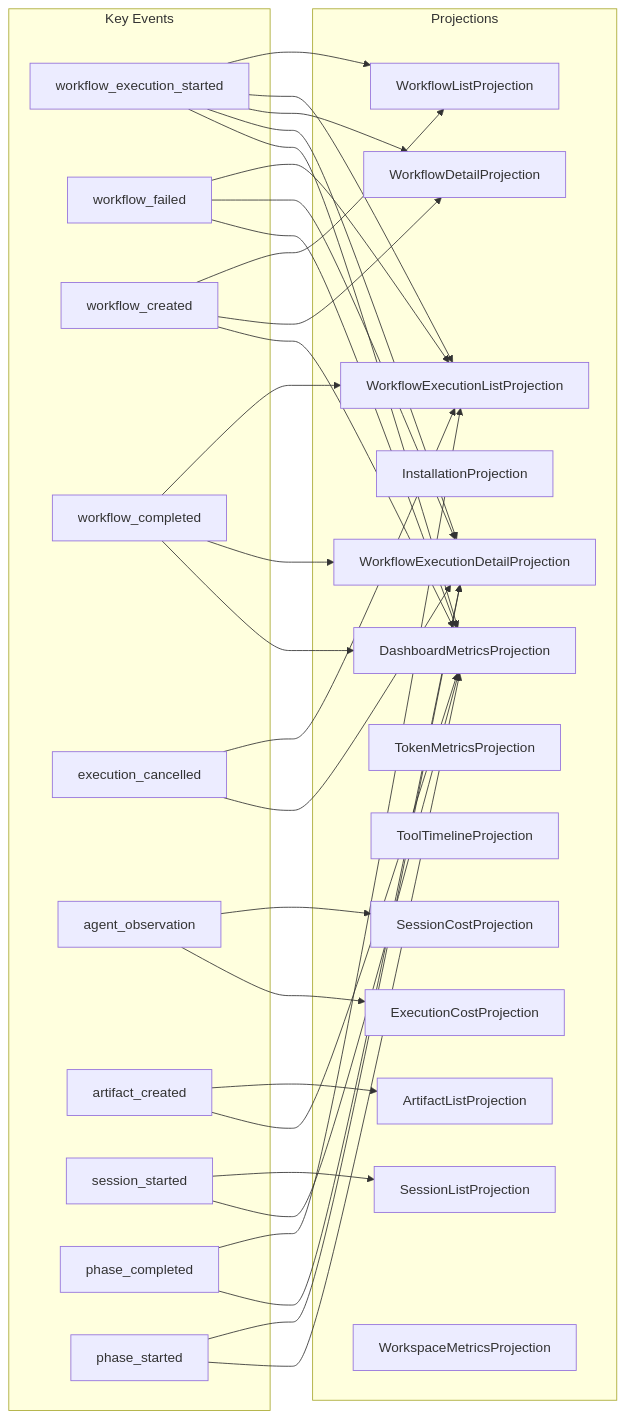
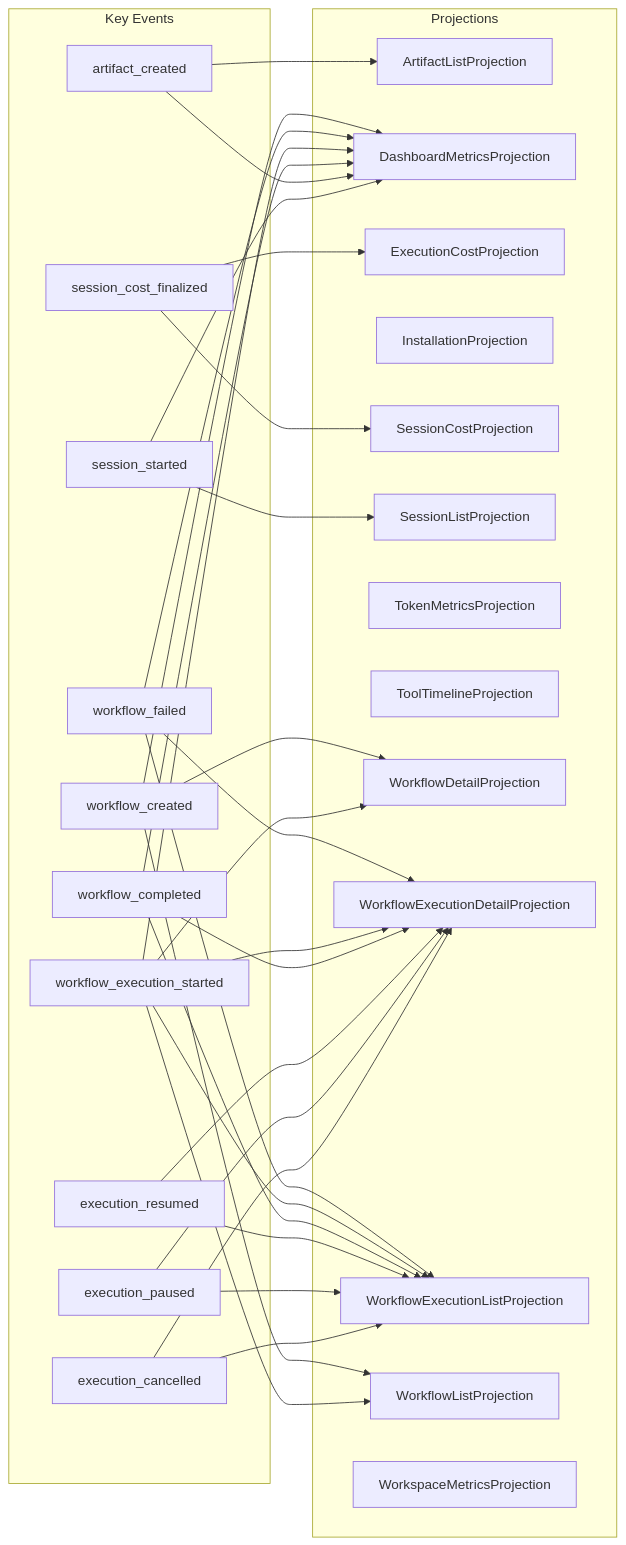
Before and after one commit to syntropic137/syntropic137: the diagram in docs/architecture/projection-subscriptions.md, drawn with Mermaid. The commit also changed other lines of this file and 2 other files, not shown here.

Commit message:
chore: update es-p submodule to main after PR #166 merge
Updates submodule to es-p main (1b5ded3) which includes:
- PR #165: eliminate false positives and duplicates
- PR #166: Copilot review fixes (verb prefix exclusions, tests, docs)

Submodule: lib/event-sourcing-platform → 1b5ded3 (main)

````diff
--- a/docs/architecture/projection-subscriptions.md
+++ b/docs/architecture/projection-subscriptions.md
@@ -15,58 +15,58 @@
 ```mermaid
 graph LR
     subgraph events["Key Events"]
         e1[workflow_execution_started]
-        e2[workflow_failed]
-        e3[workflow_created]
-        e4[workflow_completed]
+        e2[workflow_completed]
+        e3[workflow_failed]
+        e4[workflow_created]
         e5[execution_cancelled]
-        e6[agent_observation]
-        e7[artifact_created]
-        e8[session_started]
-        e9[phase_completed]
-        e10[phase_started]
+        e6[execution_paused]
+        e7[session_started]
+        e8[session_cost_finalized]
+        e9[artifact_created]
+        e10[execution_resumed]
     end
 
     subgraph projections["Projections"]
         p1[ArtifactListProjection]
         p2[DashboardMetricsProjection]
         p3[ExecutionCostProjection]
         p4[InstallationProjection]
         p5[SessionCostProjection]
         p6[SessionListProjection]
         p7[TokenMetricsProjection]
         p8[ToolTimelineProjection]
         p9[WorkflowDetailProjection]
         p10[WorkflowExecutionDetailProjection]
         p11[WorkflowExecutionListProjection]
         p12[WorkflowListProjection]
         p13[WorkspaceMetricsProjection]
     end
 
     e5 --> p10
     e5 --> p11
+    e6 --> p10
+    e6 --> p11
+    e7 --> p2
+    e7 --> p6
+    e8 --> p3
+    e8 --> p5
+    e9 --> p2
+    e9 --> p1
+    e10 --> p10
+    e10 --> p11
     e2 --> p2
     e2 --> p10
     e2 --> p11
-    e6 --> p3
-    e6 --> p5
-    e7 --> p2
-    e7 --> p1
-    e8 --> p2
-    e8 --> p6
     e1 --> p2
     e1 --> p10
     e1 --> p9
     e1 --> p11
     e1 --> p12
     e3 --> p2
-    e3 --> p9
-    e3 --> p12
-    e9 --> p10
-    e9 --> p11
-    e10 --> p2
-    e10 --> p10
+    e3 --> p10
+    e3 --> p11
     e4 --> p2
-    e4 --> p10
-    e4 --> p11
+    e4 --> p9
+    e4 --> p12
 ```
````
